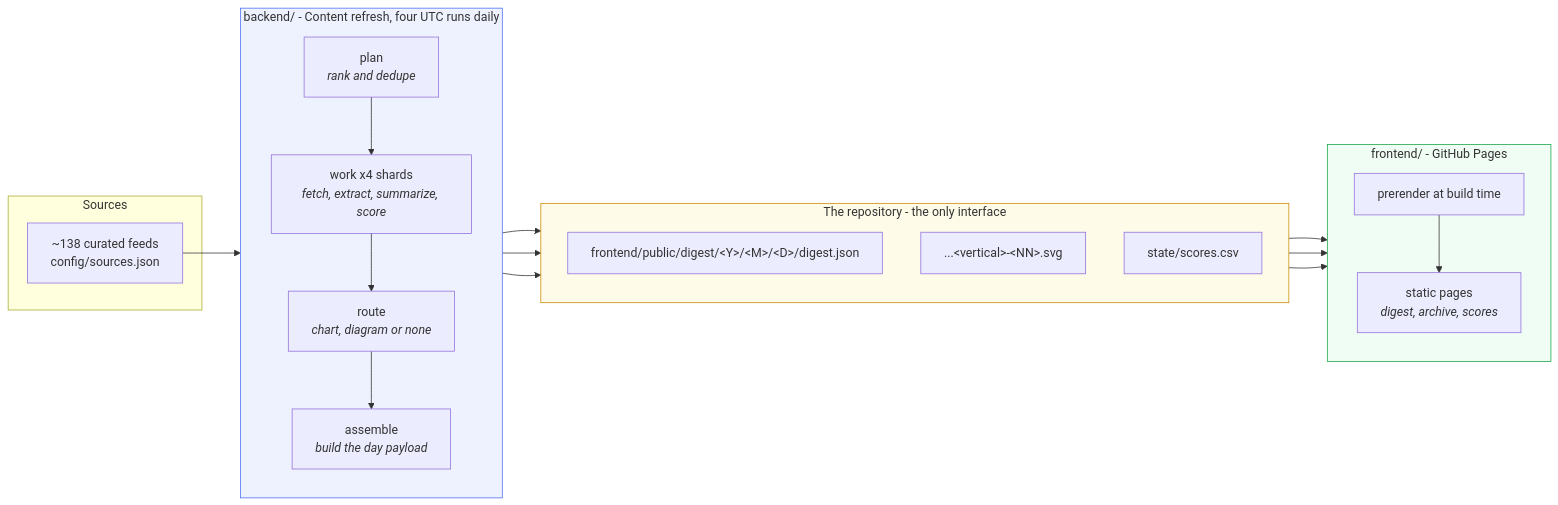
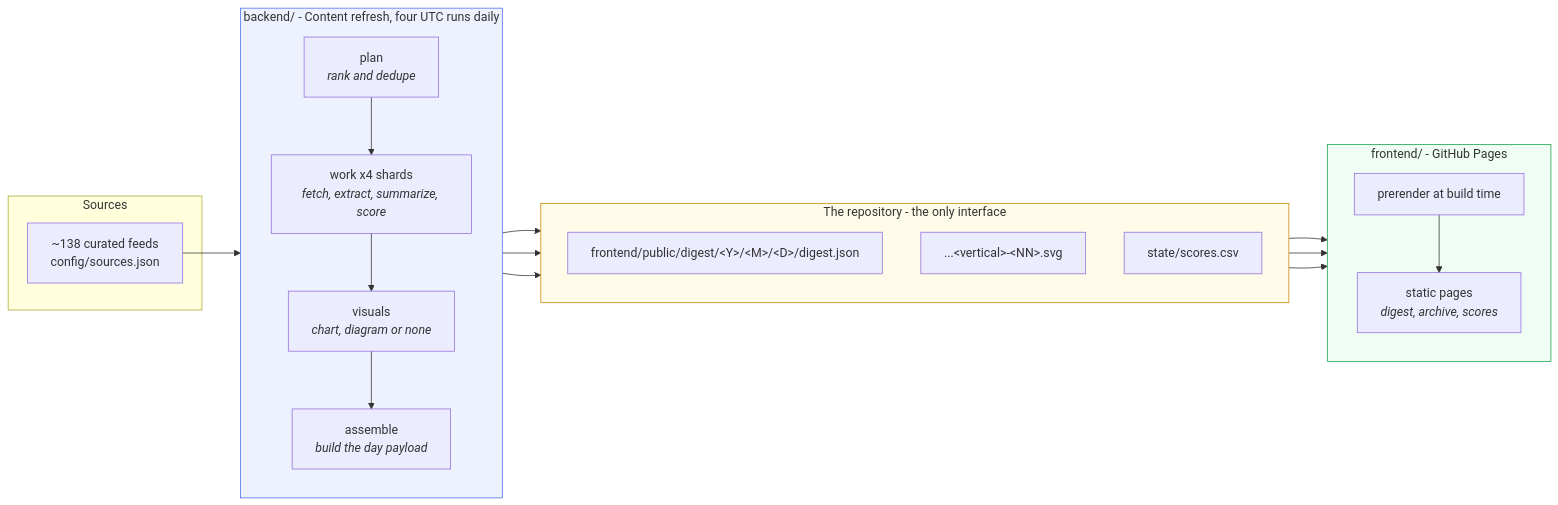
One commit to miztiik/yen-idhazh changed the first of 3 diagrams in docs/architecture/overview.md. Above: the diagram before and after it, drawn with Mermaid. The commit also changed other lines of this file and 16 other files, not shown here.

First line of the commit message:
Rename the route job to visuals and move its artifacts with it

````diff
--- a/docs/architecture/overview.md
+++ b/docs/architecture/overview.md
@@ -12,37 +12,37 @@
 ```mermaid
 flowchart LR
     subgraph src["Sources"]
         F1["~138 curated feeds<br/>config/sources.json"]
     end
 
     subgraph ci["backend/ - Content refresh, four UTC runs daily"]
         direction TB
         P["plan<br/><i>rank and dedupe</i>"]
         W["work x4 shards<br/><i>fetch, extract, summarize, score</i>"]
-        R["route<br/><i>chart, diagram or none</i>"]
+        R["visuals<br/><i>chart, diagram or none</i>"]
         AS["assemble<br/><i>build the day payload</i>"]
         P --> W --> R --> AS
     end
 
     subgraph repo["The repository - the only interface"]
         direction TB
         D1["frontend/public/digest/&lt;Y&gt;/&lt;M&gt;/&lt;D&gt;/digest.json"]
         D2["...&lt;vertical&gt;-&lt;NN&gt;.svg"]
         D3["state/scores.csv"]
     end
 
     subgraph fe["frontend/ - GitHub Pages"]
         direction TB
         B["prerender at build time"]
         S["static pages<br/><i>digest, archive, scores</i>"]
         B --> S
     end
 
     F1 --> P
     AS --> D1 & D2 & D3
     D1 & D2 & D3 --> B
 
     style ci fill:#eef2ff,stroke:#4c6ef5
     style fe fill:#f0fdf4,stroke:#16a34a
     style repo fill:#fefce8,stroke:#ca8a04
 ```
````
